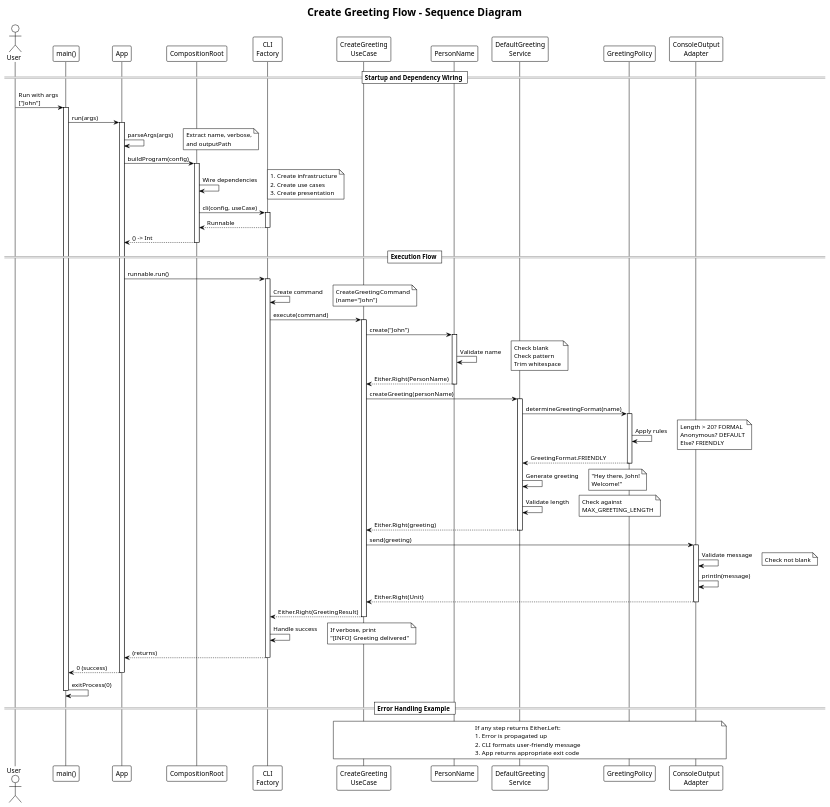
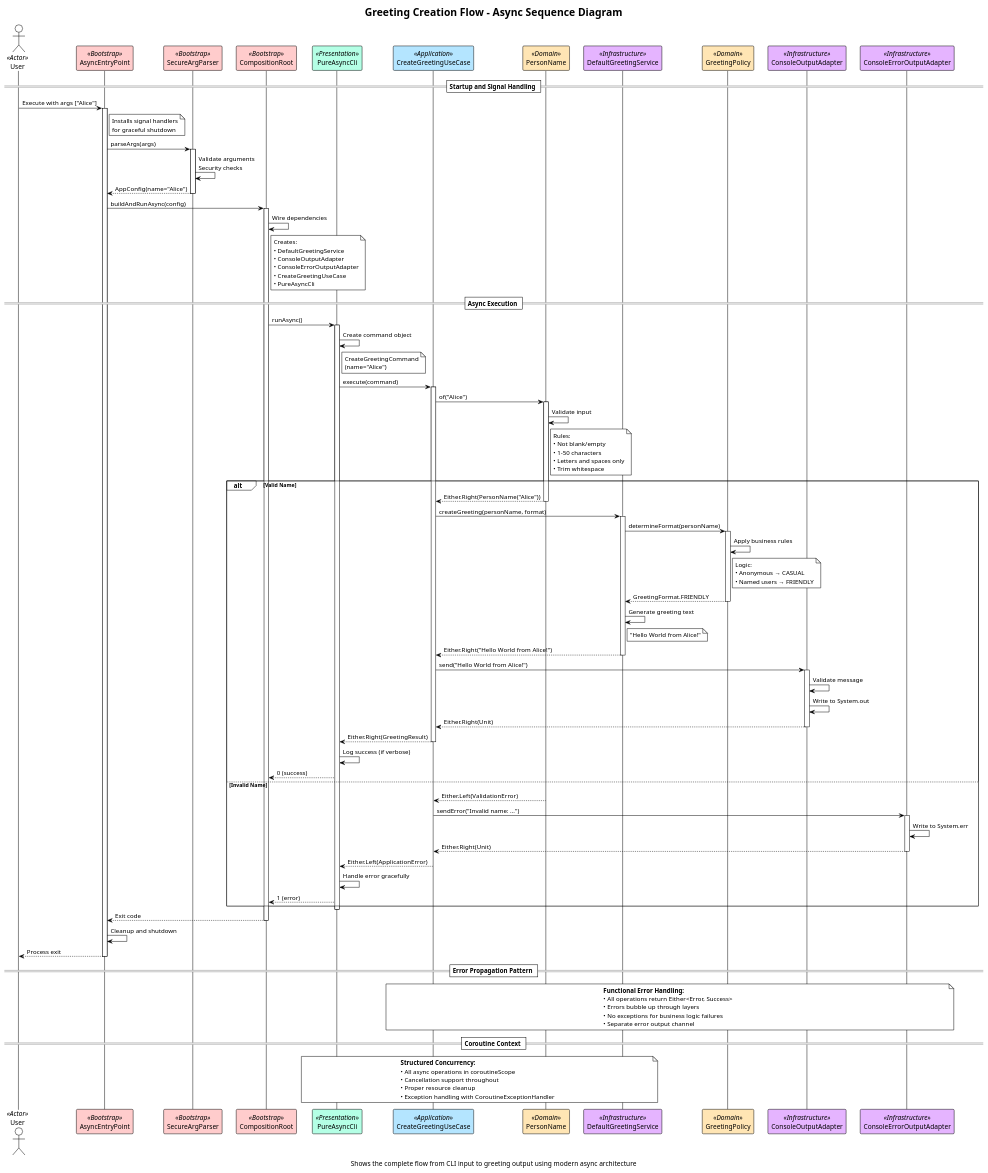
The diagram in docs/diagrams/greeting-flow-sequence.puml (1887sagar/hybrid_template_kotlin), drawn with PlantUML before and after one commit. The commit also changed 114 other files, not shown here.

```diff
--- a/docs/diagrams/greeting-flow-sequence.puml
+++ b/docs/diagrams/greeting-flow-sequence.puml
@@ -1,120 +1,157 @@
 @startuml greeting-flow-sequence
 !theme plain
-title Create Greeting Flow - Sequence Diagram
+title Greeting Creation Flow - Async Sequence Diagram
+caption Shows the complete flow from CLI input to greeting output using modern async architecture
 
-actor User
-participant "main()" as Main
-participant "App" as App
-participant "CompositionRoot" as CR
-participant "CLI\nFactory" as CLI
-participant "CreateGreeting\nUseCase" as UC
-participant "PersonName" as PN
-participant "DefaultGreeting\nService" as GS
-participant "GreetingPolicy" as GP
-participant "ConsoleOutput\nAdapter" as OUT
+skinparam participant {
+    BackgroundColor<<Actor>> #F0F8FF
+    BackgroundColor<<Bootstrap>> #FFCCCC
+    BackgroundColor<<Presentation>> #B4FFE5
+    BackgroundColor<<Application>> #B4E5FF
+    BackgroundColor<<Domain>> #FFE5B4
+    BackgroundColor<<Infrastructure>> #E5B4FF
+    BorderColor Black
+}
 
-== Startup and Dependency Wiring ==
+actor "User" as User <<Actor>>
+participant "AsyncEntryPoint" as Entry <<Bootstrap>>
+participant "SecureArgParser" as Parser <<Bootstrap>>
+participant "CompositionRoot" as Root <<Bootstrap>>
+participant "PureAsyncCli" as CLI <<Presentation>>
+participant "CreateGreetingUseCase" as UseCase <<Application>>
+participant "PersonName" as Name <<Domain>>
+participant "DefaultGreetingService" as Service <<Infrastructure>>
+participant "GreetingPolicy" as Policy <<Domain>>
+participant "ConsoleOutputAdapter" as Output <<Infrastructure>>
+participant "ConsoleErrorOutputAdapter" as ErrorOutput <<Infrastructure>>
 
-User -> Main: Run with args\n["John"]
-activate Main
+== Startup and Signal Handling ==
 
-Main -> App: run(args)
-activate App
+User -> Entry: Execute with args ["Alice"]
+activate Entry
+note right of Entry: Installs signal handlers\nfor graceful shutdown
 
-App -> App: parseArgs(args)
-note right: Extract name, verbose,\nand outputPath
+Entry -> Parser: parseArgs(args)
+activate Parser
+Parser -> Parser: Validate arguments\nSecurity checks
+Parser --> Entry: AppConfig(name="Alice")
+deactivate Parser
 
-App -> CR: buildProgram(config)
-activate CR
+Entry -> Root: buildAndRunAsync(config)
+activate Root
 
-CR -> CR: Wire dependencies
-note right
-  1. Create infrastructure
-  2. Create use cases
-  3. Create presentation
+Root -> Root: Wire dependencies
+note right of Root
+    Creates:
+    • DefaultGreetingService
+    • ConsoleOutputAdapter
+    • ConsoleErrorOutputAdapter
+    • CreateGreetingUseCase
+    • PureAsyncCli
 end note
 
-CR -> CLI: cli(config, useCase)
-activate CLI
-CLI --> CR: Runnable
-deactivate CLI
+== Async Execution ==
 
-CR --> App: () -> Int
-deactivate CR
-
-== Execution Flow ==
-
-App -> CLI: runnable.run()
+Root -> CLI: runAsync()
 activate CLI
 
-CLI -> CLI: Create command
-note right: CreateGreetingCommand\n(name="John")
+CLI -> CLI: Create command object
+note right of CLI: CreateGreetingCommand\n(name="Alice")
 
-CLI -> UC: execute(command)
-activate UC
+CLI -> UseCase: execute(command)
+activate UseCase
 
-UC -> PN: create("John")
-activate PN
+UseCase -> Name: of("Alice")
+activate Name
+Name -> Name: Validate input
+note right of Name
+    Rules:
+    • Not blank/empty
+    • 1-50 characters
+    • Letters and spaces only
+    • Trim whitespace
+end note
 
-PN -> PN: Validate name
-note right: Check blank\nCheck pattern\nTrim whitespace
+alt Valid Name
+    Name --> UseCase: Either.Right(PersonName("Alice"))
+    deactivate Name
+    
+    UseCase -> Service: createGreeting(personName, format)
+    activate Service
+    
+    Service -> Policy: determineFormat(personName)
+    activate Policy
+    Policy -> Policy: Apply business rules
+    note right of Policy
+        Logic:
+        • Anonymous → CASUAL
+        • Named users → FRIENDLY
+    end note
+    Policy --> Service: GreetingFormat.FRIENDLY
+    deactivate Policy
+    
+    Service -> Service: Generate greeting text
+    note right of Service: "Hello World from Alice!"
+    
+    Service --> UseCase: Either.Right("Hello World from Alice!")
+    deactivate Service
+    
+    UseCase -> Output: send("Hello World from Alice!")
+    activate Output
+    Output -> Output: Validate message
+    Output -> Output: Write to System.out
+    Output --> UseCase: Either.Right(Unit)
+    deactivate Output
+    
+    UseCase --> CLI: Either.Right(GreetingResult)
+    deactivate UseCase
+    
+    CLI -> CLI: Log success (if verbose)
+    CLI --> Root: 0 (success)
 
-PN --> UC: Either.Right(PersonName)
-deactivate PN
+else Invalid Name
+    Name --> UseCase: Either.Left(ValidationError)
+    deactivate Name
+    
+    UseCase -> ErrorOutput: sendError("Invalid name: ...")
+    activate ErrorOutput
+    ErrorOutput -> ErrorOutput: Write to System.err
+    ErrorOutput --> UseCase: Either.Right(Unit)
+    deactivate ErrorOutput
+    
+    UseCase --> CLI: Either.Left(ApplicationError)
+    deactivate UseCase
+    
+    CLI -> CLI: Handle error gracefully
+    CLI --> Root: 1 (error)
+end
 
-UC -> GS: createGreeting(personName)
-activate GS
+deactivate CLI
+Root --> Entry: Exit code
+deactivate Root
 
-GS -> GP: determineGreetingFormat(name)
-activate GP
+Entry -> Entry: Cleanup and shutdown
+Entry --> User: Process exit
+deactivate Entry
 
-GP -> GP: Apply rules
-note right: Length > 20? FORMAL\nAnonymous? DEFAULT\nElse? FRIENDLY
+== Error Propagation Pattern ==
 
-GP --> GS: GreetingFormat.FRIENDLY
-deactivate GP
+note over UseCase, ErrorOutput
+    <b>Functional Error Handling:</b>
+    • All operations return Either<Error, Success>
+    • Errors bubble up through layers
+    • No exceptions for business logic failures
+    • Separate error output channel
+end note
 
-GS -> GS: Generate greeting
-note right: "Hey there, John!\nWelcome!"
+== Coroutine Context ==
 
-GS -> GS: Validate length
-note right: Check against\nMAX_GREETING_LENGTH
-
-GS --> UC: Either.Right(greeting)
-deactivate GS
-
-UC -> OUT: send(greeting)
-activate OUT
-
-OUT -> OUT: Validate message
-note right: Check not blank
-
-OUT -> OUT: println(message)
-OUT --> UC: Either.Right(Unit)
-deactivate OUT
-
-UC --> CLI: Either.Right(GreetingResult)
-deactivate UC
-
-CLI -> CLI: Handle success
-note right: If verbose, print\n"[INFO] Greeting delivered"
-
-CLI --> App: (returns)
-deactivate CLI
-
-App --> Main: 0 (success)
-deactivate App
-
-Main -> Main: exitProcess(0)
-deactivate Main
-
-== Error Handling Example ==
-
-note over UC, OUT
-  If any step returns Either.Left:
-  1. Error is propagated up
-  2. CLI formats user-friendly message
-  3. App returns appropriate exit code
+note over CLI, Service
+    <b>Structured Concurrency:</b>
+    • All async operations in coroutineScope
+    • Cancellation support throughout
+    • Proper resource cleanup
+    • Exception handling with CoroutineExceptionHandler
 end note
 
 @enduml
```
